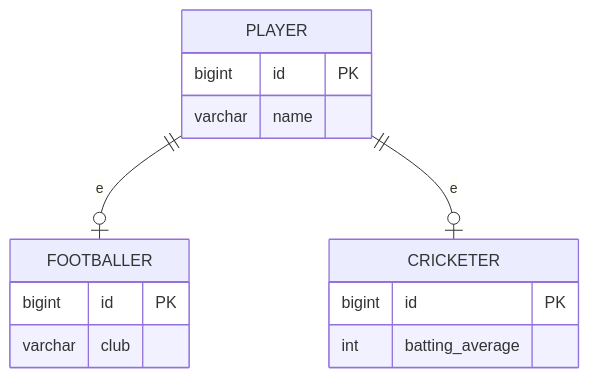
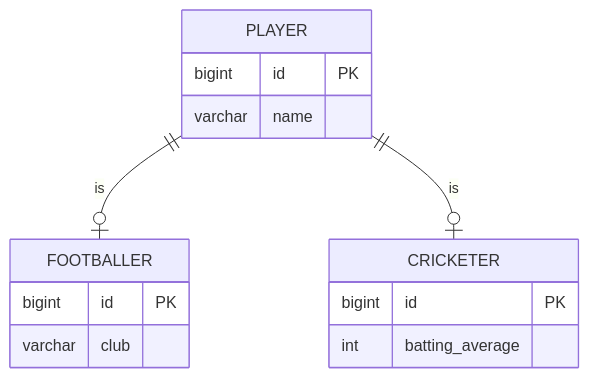
The diagram in docs/application/poeaa/object-relational-structural/class-table-inheritance.md (alancesar/design-patterns), drawn with Mermaid before and after one commit. The commit also changed 258 other files, not shown here.

First line of the commit message:
Translate Mermaid diagrams to English

````diff
--- a/docs/application/poeaa/object-relational-structural/class-table-inheritance.md
+++ b/docs/application/poeaa/object-relational-structural/class-table-inheritance.md
@@ -52,17 +52,17 @@
 ```mermaid
 erDiagram
-    PLAYER ||--o| FOOTBALLER : e
-    PLAYER ||--o| CRICKETER : e
+    PLAYER ||--o| FOOTBALLER : is
+    PLAYER ||--o| CRICKETER : is
     PLAYER {
         bigint id PK
         varchar name
     }
     FOOTBALLER {
         bigint id PK
         varchar club
     }
     CRICKETER {
         bigint id PK
         int batting_average
     }
 ```
````
